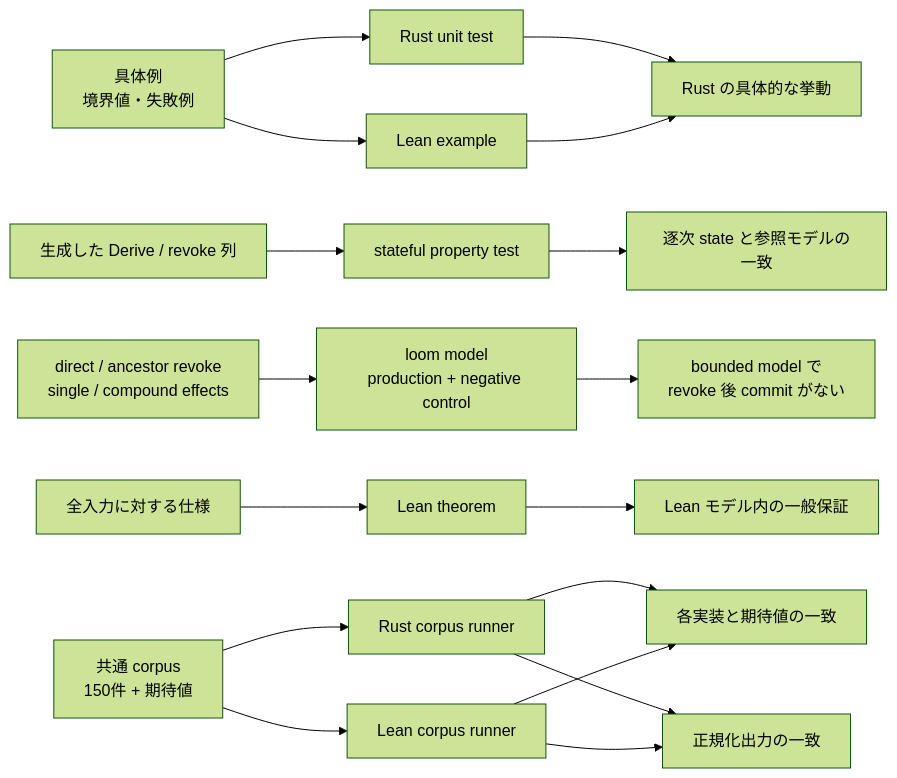
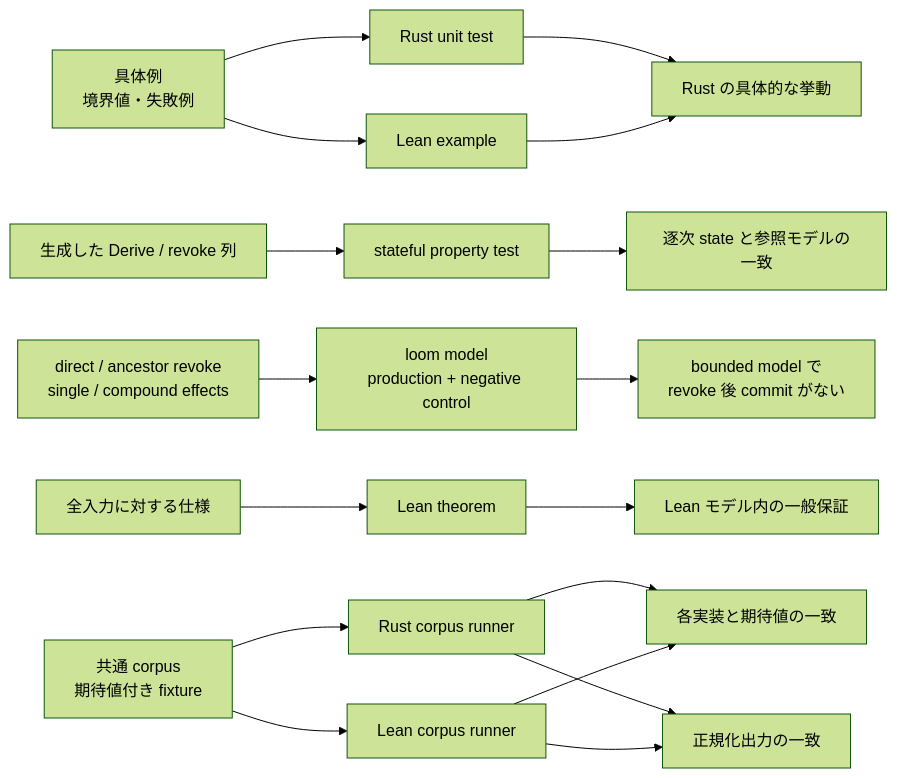
The diagram in docs/authority-core/verification.md (Aqua-218/SecCamp-AIAgent), drawn with Mermaid (forest theme) before and after one commit. The commit also changed other lines of this file, not shown here.

First line of the commit message:
docs(authority-core): stop pinning test and fixture counts

````diff
--- a/docs/authority-core/verification.md
+++ b/docs/authority-core/verification.md
@@ -40,20 +42,20 @@
 ```mermaid
 flowchart LR
     examples["具体例<br/>境界値・失敗例"] --> rust["Rust unit test"]
     sequences["生成した Derive / revoke 列"] --> property["stateful property test"]
     races["direct / ancestor revoke<br/>single / compound effects"] --> loom["loom model<br/>production + negative control"]
     examples --> leanExample["Lean example"]
     spec["全入力に対する仕様"] --> theorem["Lean theorem"]
-    corpus["共通 corpus<br/>150件 + 期待値"] --> rustRunner["Rust corpus runner"]
+    corpus["共通 corpus<br/>期待値付き fixture"] --> rustRunner["Rust corpus runner"]
     corpus --> leanRunner["Lean corpus runner"]
 
     rust --> confidence["Rust の具体的な挙動"]
     property --> stateConfidence["逐次 state と参照モデルの一致"]
     loom --> raceConfidence["bounded model で<br/>revoke 後 commit がない"]
     leanExample --> confidence
     theorem --> guarantee["Lean モデル内の一般保証"]
     rustRunner --> oracle["各実装と期待値の一致"]
     leanRunner --> oracle
     rustRunner --> diff["正規化出力の一致"]
     leanRunner --> diff
 ```
````
